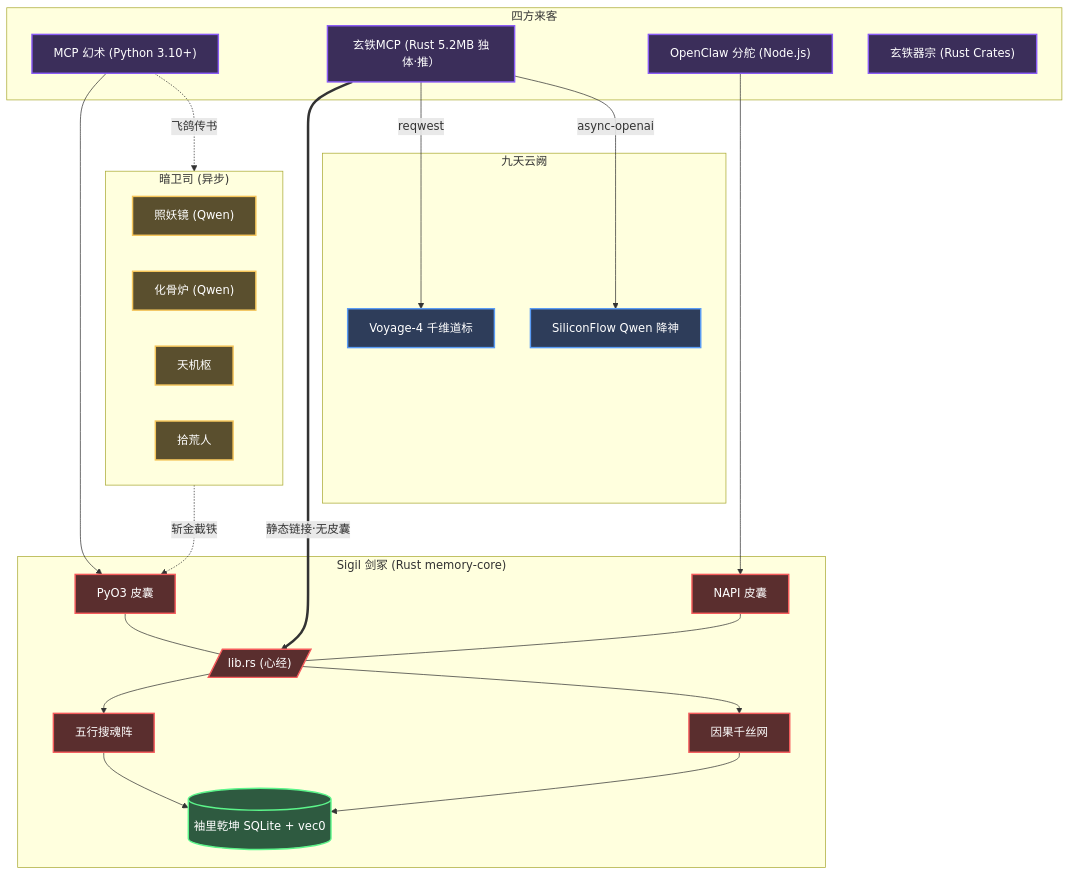
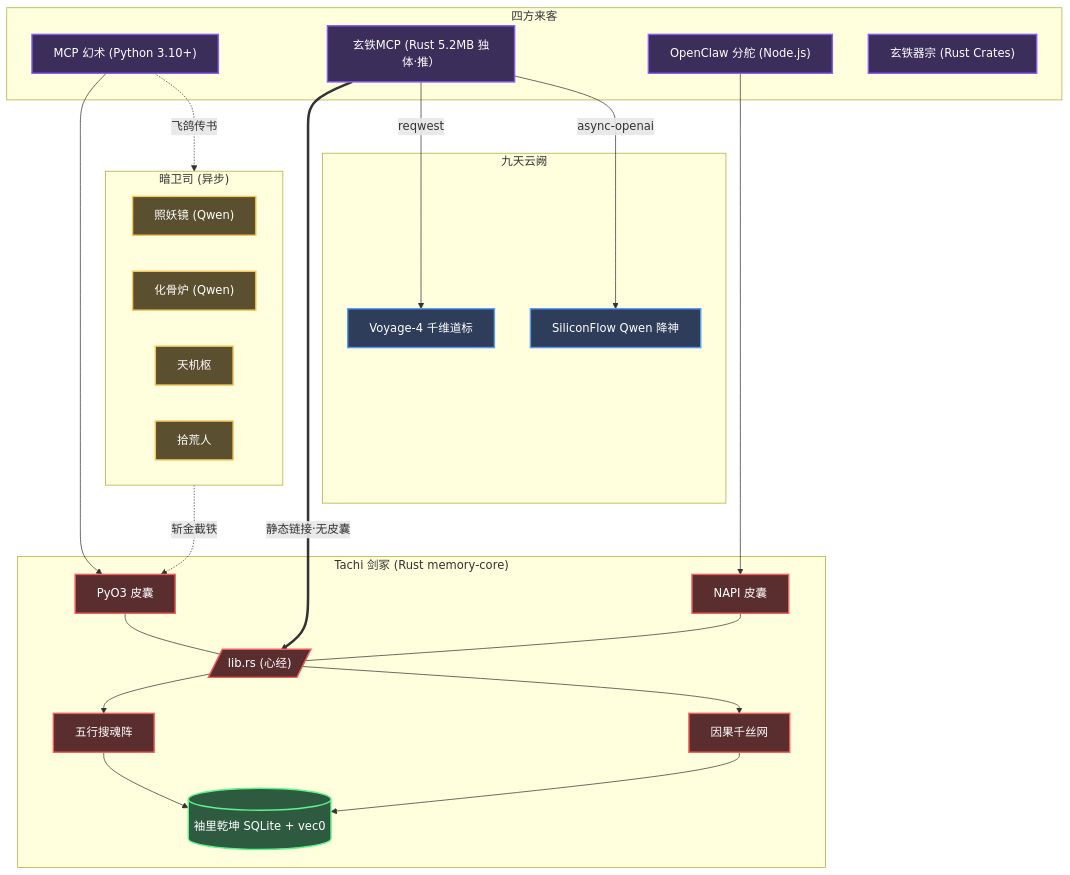
Before and after one commit to kckylechen1/tachi: the diagram in README.md, drawn with Mermaid. The commit also changed other lines of this file and 29 other files, not shown here.

````diff
--- a/README.md
+++ b/README.md
@@ -152,55 +152,55 @@
 ```mermaid
 graph TD
     subgraph Clients["四方来客"]
         MCP["MCP 幻术 (Python 3.10+)"]
         RMCP["玄铁MCP (Rust 5.2MB 独体·推）"]
         OC["OpenClaw 分舵 (Node.js)"]
         NATIVE["玄铁器宗 (Rust Crates)"]
     end
 
     subgraph Cloud["九天云阙"]
         VOYAGE["Voyage-4 千维道标"]
         SILICON["SiliconFlow Qwen 降神"]
     end
 
     subgraph Operations["暗卫司 (异步)"]
         EXTRACT["照妖镜 (Qwen)"]
         DISTILL["化骨炉 (Qwen)"]
         CAUSAL["天机枢"]
         CONSOLIDATE["拾荒人"]
     end
 
-    subgraph Core["Sigil 剑冢 (Rust memory-core)"]
+    subgraph Core["Tachi 剑冢 (Rust memory-core)"]
         NAPI["NAPI 皮囊"]
         PYO3["PyO3 皮囊"]
 
         NAPI --- LIB[/"lib.rs (心经)"/]
         PYO3 --- LIB
 
         LIB --> SEARCH["五行搜魂阵"]
         LIB --> GRAPH["因果千丝网"]
 
         SEARCH --> SQLITE[("袖里乾坤 SQLite + vec0")]
         GRAPH --> SQLITE
     end
 
     RMCP ==>|"静态链接·无皮囊"| LIB
     RMCP -->|"reqwest"| VOYAGE
     RMCP -->|"async-openai"| SILICON
     MCP --> PYO3
     OC --> NAPI
     MCP -.->|"飞鸽传书"| Operations
     Operations -.->|"斩金截铁"| PYO3
 
     classDef client fill:#3b2e5a,stroke:#8a5cf5,stroke-width:2px,color:#fff;
     classDef cloud fill:#2e3d5a,stroke:#5a9cf5,stroke-width:2px,color:#fff;
     classDef worker fill:#5a4f2e,stroke:#f5c55a,stroke-width:2px,color:#fff;
     classDef rust fill:#5a2e2e,stroke:#f55c5c,stroke-width:2px,color:#fff;
     classDef db fill:#2e5a40,stroke:#5cf58a,stroke-width:2px,color:#fff;
 
     class MCP,RMCP,OC,NATIVE client;
     class VOYAGE,SILICON cloud;
     class EXTRACT,DISTILL,CAUSAL,CONSOLIDATE worker;
     class NAPI,PYO3,LIB,SEARCH,GRAPH rust;
     class SQLITE db;
 ```
````
